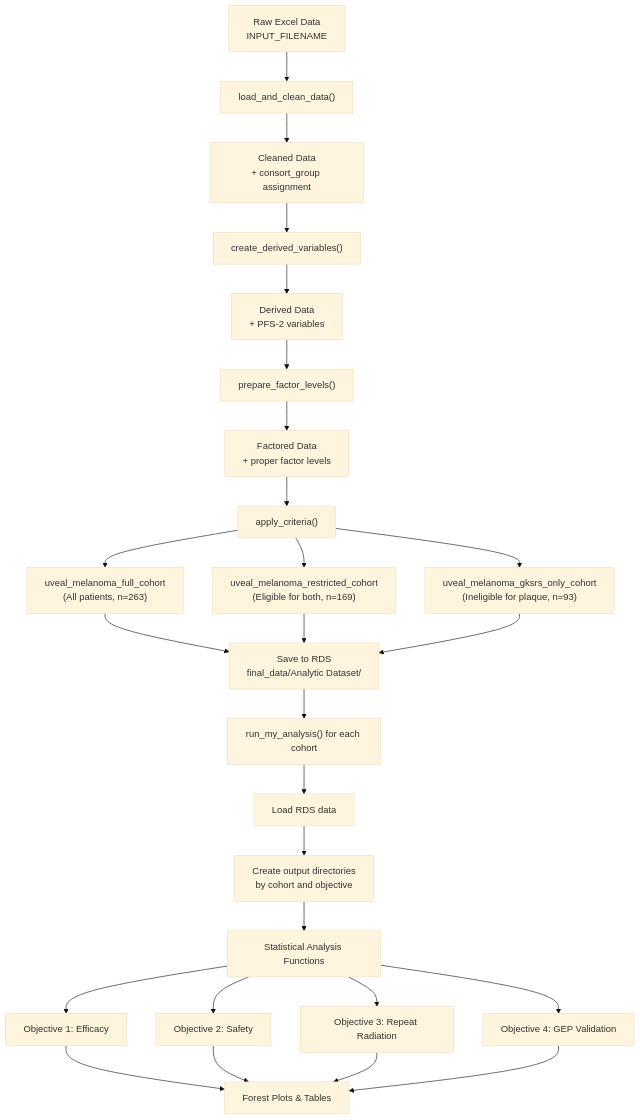
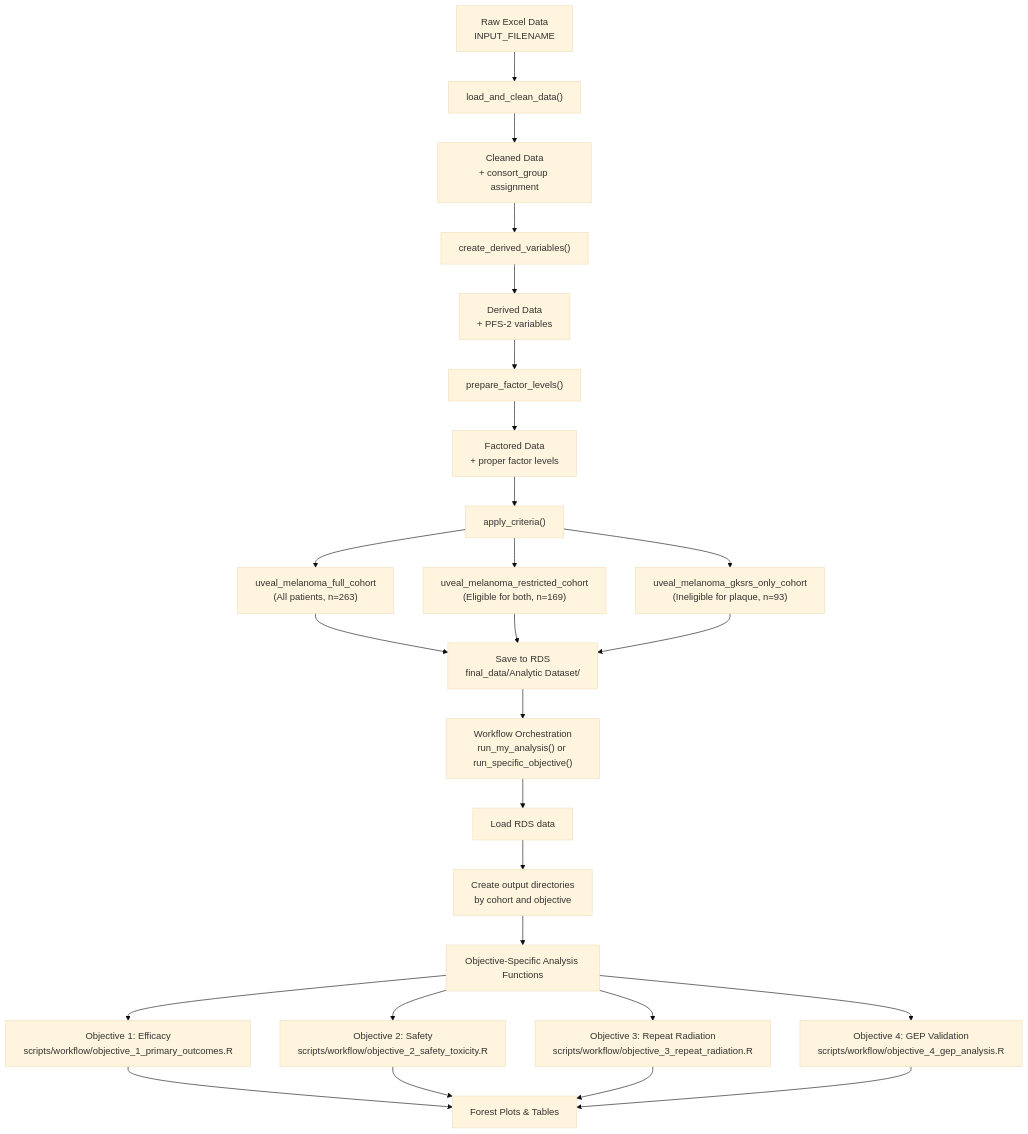
One commit to nicholas-camarda/uveal_melanoma changed the diagram in README.md. Above: the diagram before and after it, drawn with Mermaid (base theme). The commit also changed other lines of this file and 1 other file, not shown here.

````diff
--- a/README.md
+++ b/README.md
@@ -62,33 +75,33 @@
 ```mermaid
 flowchart TD
     A["Raw Excel Data<br/>INPUT_FILENAME"] --> B["load_and_clean_data()"]
     B --> C["Cleaned Data<br/>+ consort_group assignment"]
     C --> D["create_derived_variables()"]
     D --> E["Derived Data<br/>+ PFS-2 variables"]
     E --> F["prepare_factor_levels()"]
     F --> G["Factored Data<br/>+ proper factor levels"]
     G --> H["apply_criteria()"]
     
     H --> I["uveal_melanoma_full_cohort<br/>(All patients, n=263)"]
     H --> J["uveal_melanoma_restricted_cohort<br/>(Eligible for both, n=169)"]
     H --> K["uveal_melanoma_gksrs_only_cohort<br/>(Ineligible for plaque, n=93)"]
     
     I --> L["Save to RDS<br/>final_data/Analytic Dataset/"]
     J --> L
     K --> L
     
-    L --> M["run_my_analysis() for each cohort"]
+    L --> M["Workflow Orchestration<br/>run_my_analysis() or run_specific_objective()"]
     M --> N["Load RDS data"]
     N --> O["Create output directories<br/>by cohort and objective"]
-    O --> P["Statistical Analysis Functions"]
+    O --> P["Objective-Specific Analysis Functions"]
     
-    P --> Q["Objective 1: Efficacy"]
-    P --> R["Objective 2: Safety"]
-    P --> S["Objective 3: Repeat Radiation"]
-    P --> T["Objective 4: GEP Validation"]
+    P --> Q["Objective 1: Efficacy<br/>scripts/workflow/objective_1_primary_outcomes.R"]
+    P --> R["Objective 2: Safety<br/>scripts/workflow/objective_2_safety_toxicity.R"]
+    P --> S["Objective 3: Repeat Radiation<br/>scripts/workflow/objective_3_repeat_radiation.R"]
+    P --> T["Objective 4: GEP Validation<br/>scripts/workflow/objective_4_gep_analysis.R"]
     
     Q --> U["Forest Plots & Tables"]
     R --> U
     S --> U
     T --> U
 ```
````
